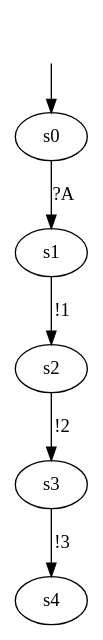
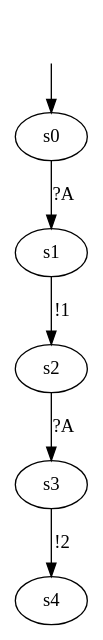
One commit to haubitzer/AALpy changed the diagram in DotModels/Iolts/03_iolts.dot. Above: the diagram before and after it, drawn with Graphviz. The commit also changed 12 other files, not shown here.

```diff
--- a/DotModels/Iolts/03_iolts.dot
+++ b/DotModels/Iolts/03_iolts.dot
@@ -1,16 +1,16 @@
 digraph learnedModel {
 s0 [label=s0];
 s1 [label=s1];
 s2 [label=s2];
 s3 [label=s3];
 s4 [label=s4];
 
 
 s0 -> s1  [label="?A"];
 s1 -> s2  [label="!1"];
-s2 -> s3  [label="!2"];
-s3 -> s4  [label="!3"];
+s2 -> s3  [label="?A"];
+s3 -> s4  [label="!2"];
 
 __start0 [label="", shape=none];
 __start0 -> s0  [label=""];
 }
```
